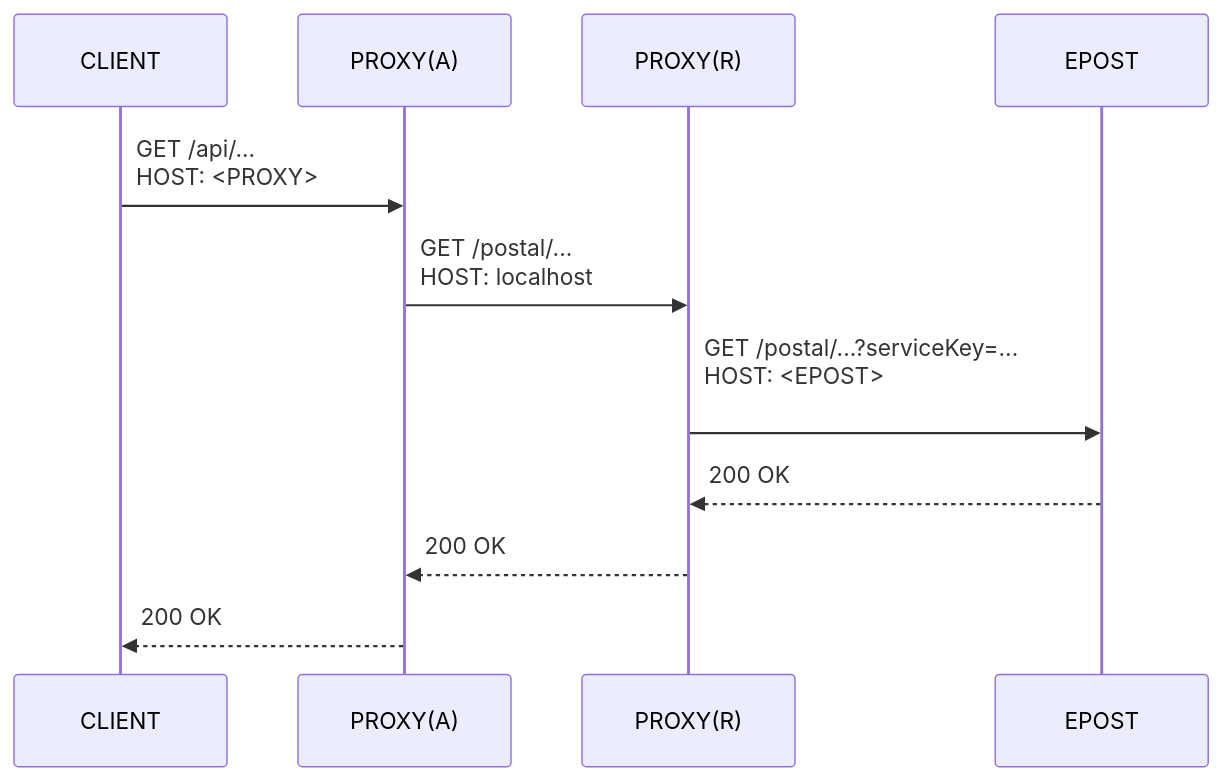
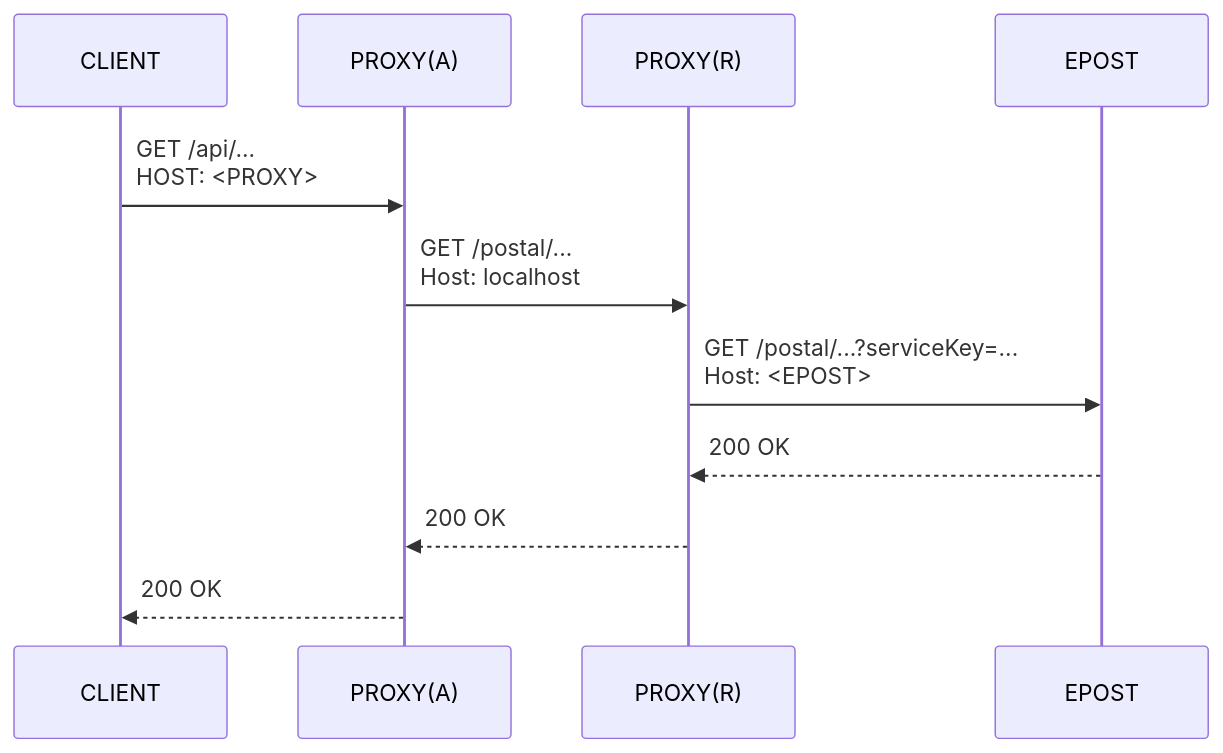
One commit to jinahya/epost-openapi-proxy changed the third of 3 diagrams in README.md. Above: the diagram before and after it, drawn with Mermaid. The commit also changed other lines of this file, not shown here.

````diff
--- a/README.md
+++ b/README.md
@@ -48,15 +48,15 @@
 ```mermaid
 %%{init: {
   'sequence': {
     'messageAlign': 'left'
    },
   'fontFamily': 'monospace'
 }}%%
 sequenceDiagram
   CLIENT ->> PROXY(A): GET /api/...<br>HOST: <PROXY>
-  PROXY(A) ->> PROXY(R): GET /postal/...<br>HOST: localhost
-  PROXY(R) ->> EPOST: GET /postal/...?serviceKey=...<br>HOST: <EPOST><br>
+  PROXY(A) ->> PROXY(R): GET /postal/...<br>Host: localhost
+  PROXY(R) ->> EPOST: GET /postal/...?serviceKey=...<br>Host: <EPOST>
   EPOST -->> PROXY(R): 200 OK
   PROXY(R) -->> PROXY(A): 200 OK
   PROXY(A) -->> CLIENT: 200 OK
 ```
````
